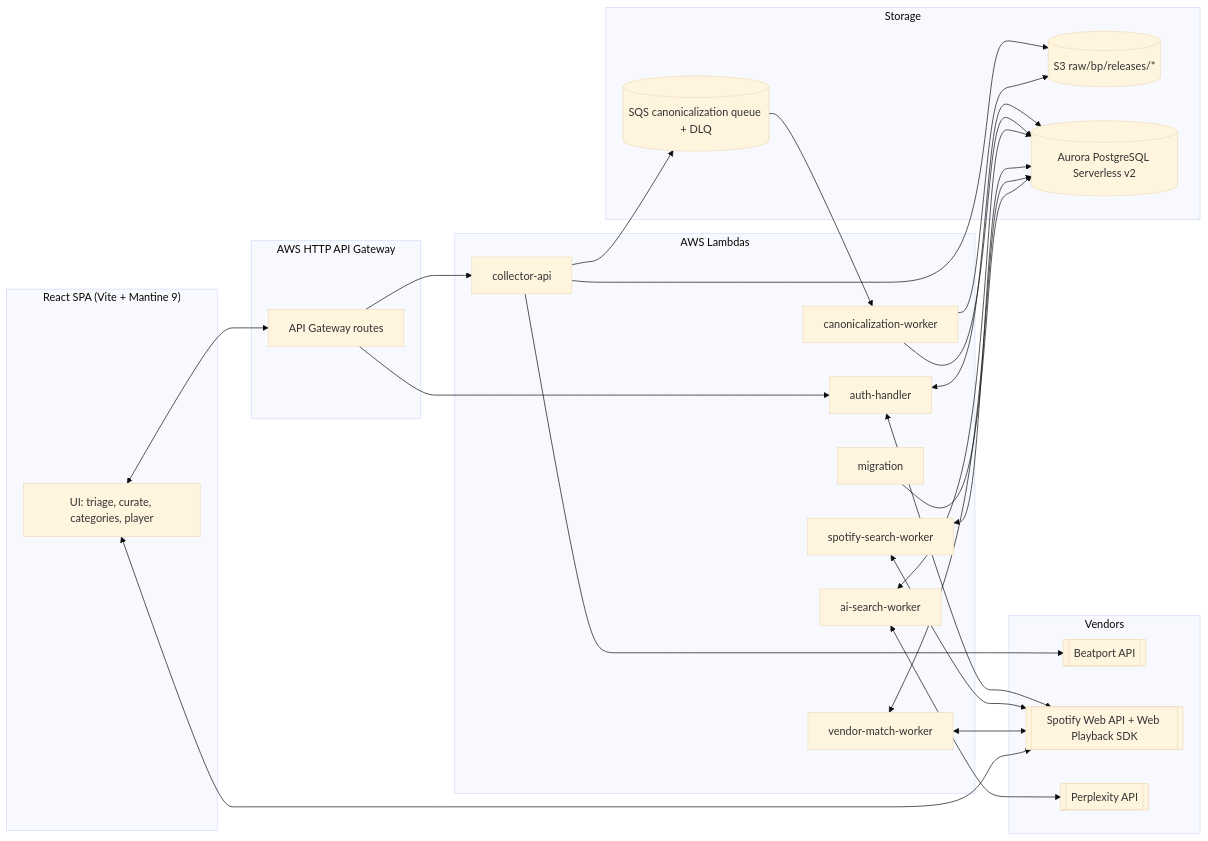
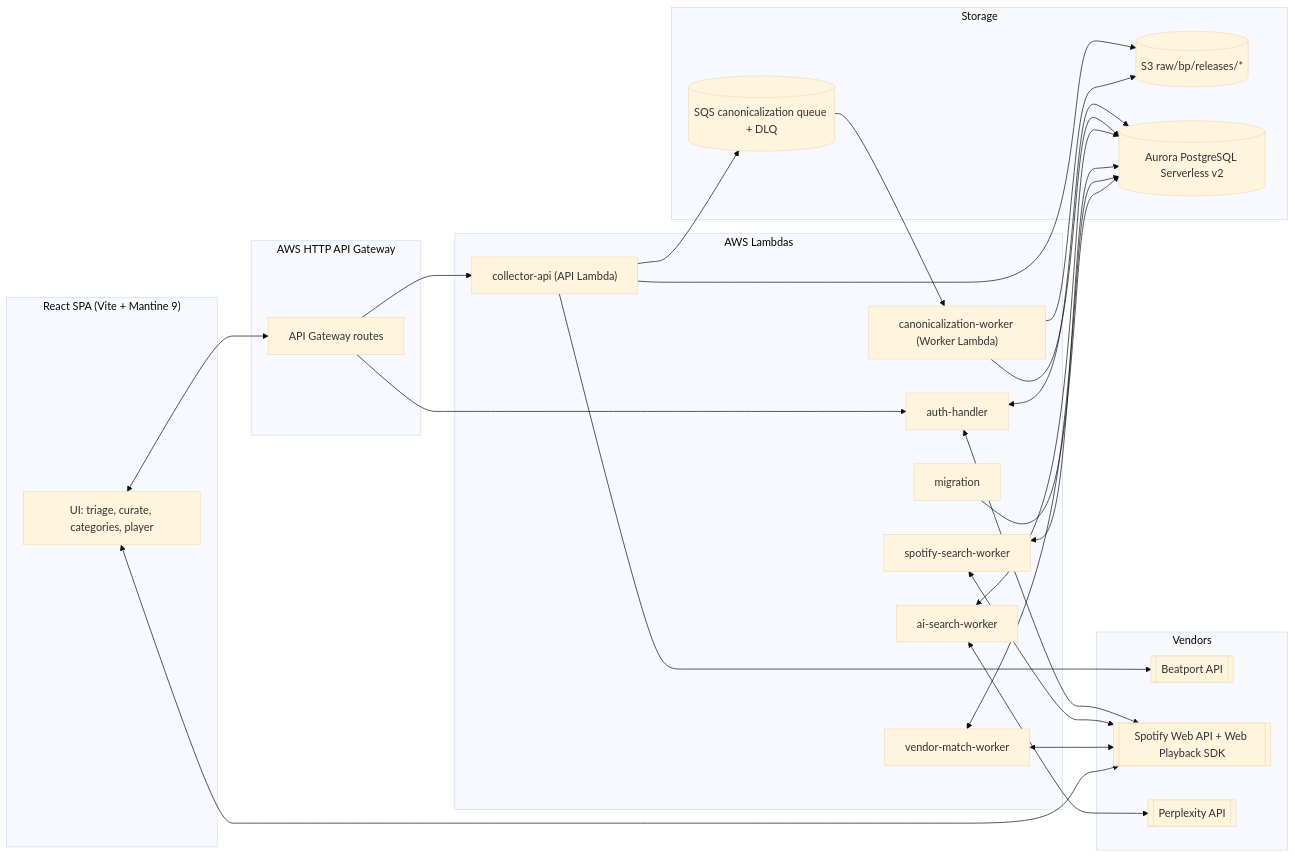
Before and after one commit to tarodo/clouder-core: the diagram in docs/architecture.md, drawn with Mermaid (base theme). The commit also changed 1 other file, not shown here.

Commit message:
docs: address final-review nits
Removes the FakeDataAPI TODO marker in backend/testing.md after
confirming each test file defines its own _FakeDataAPI private
class. Annotates collector-api and canonicalization-worker mermaid
nodes with their human names from the spec.

````diff
--- a/docs/architecture.md
+++ b/docs/architecture.md
@@ -7,52 +7,52 @@
 ```mermaid
 flowchart LR
     subgraph SPA["React SPA (Vite + Mantine 9)"]
         UI[UI: triage, curate, categories, player]
     end
 
     subgraph API["AWS HTTP API Gateway"]
         APIGW[API Gateway routes]
     end
 
     subgraph Lambdas["AWS Lambdas"]
-        AH[auth-handler]
-        CH[collector-api]
-        SH[ai-search-worker]
-        SPW[spotify-search-worker]
-        VMW[vendor-match-worker]
-        WH[canonicalization-worker]
-        MH[migration]
+        AH["auth-handler"]
+        CH["collector-api (API Lambda)"]
+        SH["ai-search-worker"]
+        SPW["spotify-search-worker"]
+        VMW["vendor-match-worker"]
+        WH["canonicalization-worker (Worker Lambda)"]
+        MH["migration"]
     end
 
     subgraph Storage
         S3[(S3 raw/bp/releases/*)]
         SQS[(SQS canonicalization queue + DLQ)]
         Aurora[(Aurora PostgreSQL Serverless v2)]
     end
 
     subgraph Vendors
         BP[[Beatport API]]
         SP[[Spotify Web API + Web Playback SDK]]
         PX[[Perplexity API]]
     end
 
     UI <--> APIGW
     APIGW --> AH
     APIGW --> CH
     AH <--> Aurora
     AH <--> SP
     CH --> BP
     CH --> S3
     CH --> SQS
     SQS --> WH
     WH --> S3
     WH --> Aurora
     SH <--> PX
     SH <--> Aurora
     SPW <--> SP
     SPW <--> Aurora
     VMW <--> SP
     VMW <--> Aurora
     MH --> Aurora
     UI <--> SP
 ```
````
